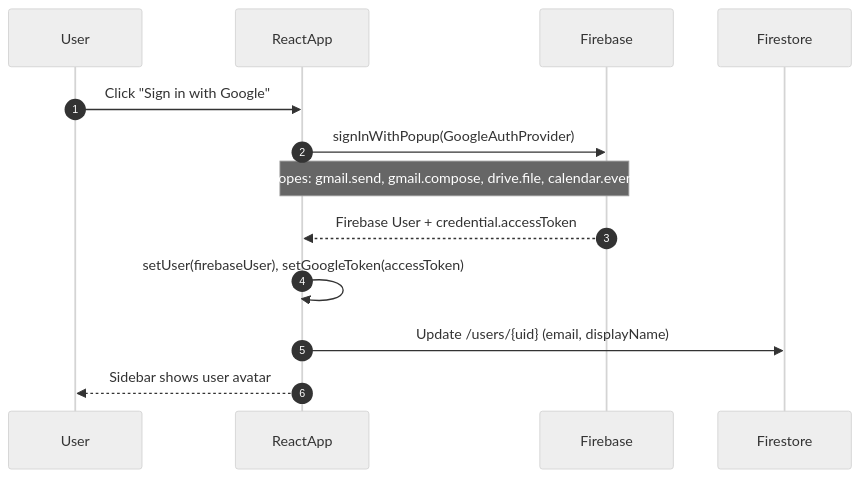
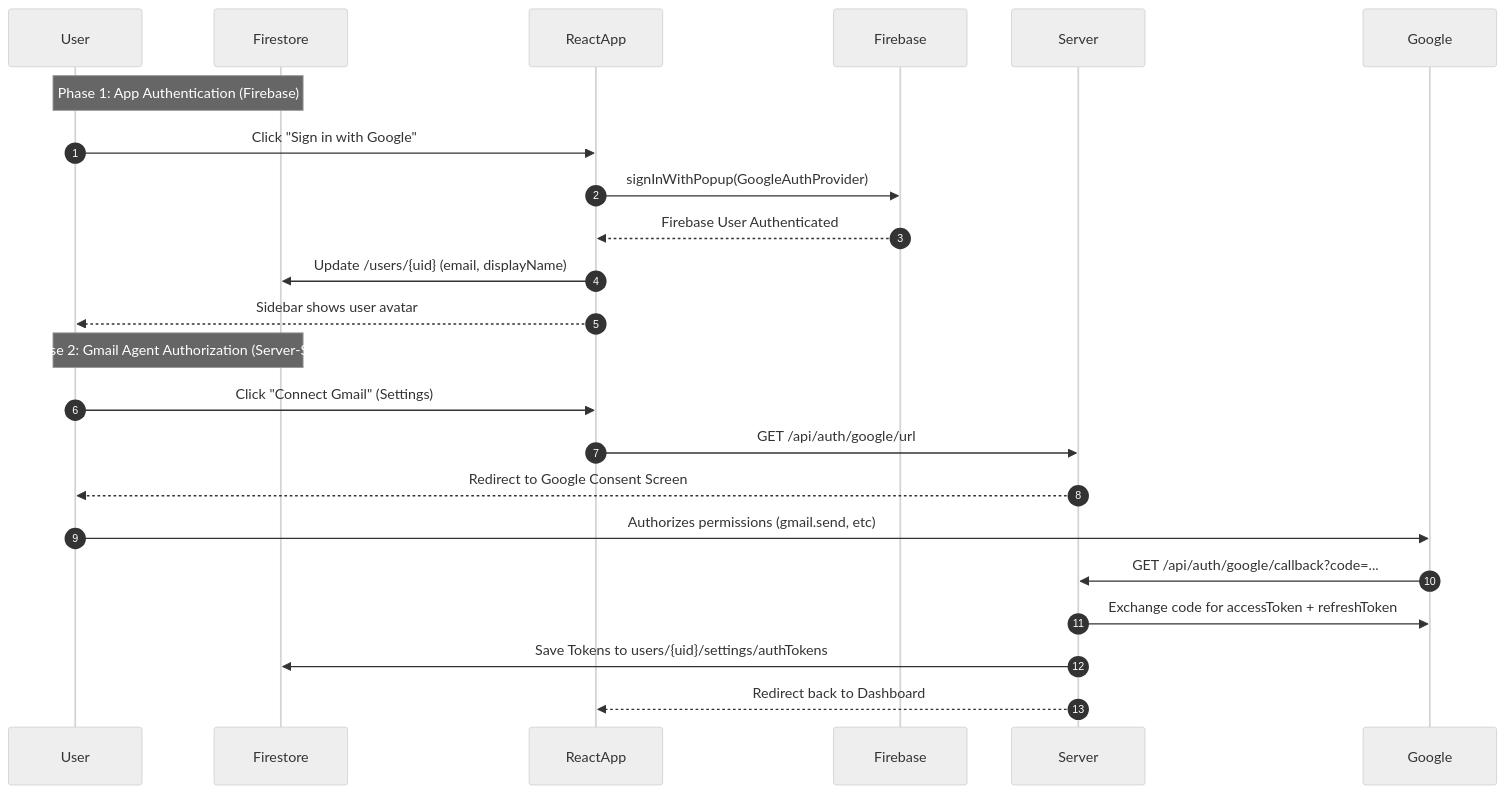
One commit to adarsh47-bug/outreach-agent changed the second of 5 diagrams in docs/PROJECT_ARCHITECTURE.md. Above: the diagram before and after it, drawn with Mermaid (neutral theme). The commit also changed other lines of this file and 47 other files, not shown here.

Commit message:
feat: implement Firebase Admin SDK for server-side background job scheduling and add project configuration documentation

````diff
--- a/docs/PROJECT_ARCHITECTURE.md
+++ b/docs/PROJECT_ARCHITECTURE.md
@@ -93,11 +97,20 @@
 ```mermaid
 sequenceDiagram
   autonumber
+  Note over User,Firestore: Phase 1: App Authentication (Firebase)
   User->>ReactApp: Click "Sign in with Google"
   ReactApp->>Firebase: signInWithPopup(GoogleAuthProvider)
-  Note over ReactApp,Firebase: Scopes: gmail.send, gmail.compose, drive.file, calendar.events
-  Firebase-->>ReactApp: Firebase User + credential.accessToken
-  ReactApp->>ReactApp: setUser(firebaseUser), setGoogleToken(accessToken)
+  Firebase-->>ReactApp: Firebase User Authenticated
   ReactApp->>Firestore: Update /users/{uid} (email, displayName)
   ReactApp-->>User: Sidebar shows user avatar
+
+  Note over User,Firestore: Phase 2: Gmail Agent Authorization (Server-Side)
+  User->>ReactApp: Click "Connect Gmail" (Settings)
+  ReactApp->>Server: GET /api/auth/google/url
+  Server-->>User: Redirect to Google Consent Screen
+  User->>Google: Authorizes permissions (gmail.send, etc)
+  Google->>Server: GET /api/auth/google/callback?code=...
+  Server->>Google: Exchange code for accessToken + refreshToken
+  Server->>Firestore: Save Tokens to users/{uid}/settings/authTokens
+  Server-->>ReactApp: Redirect back to Dashboard
 ```
````
